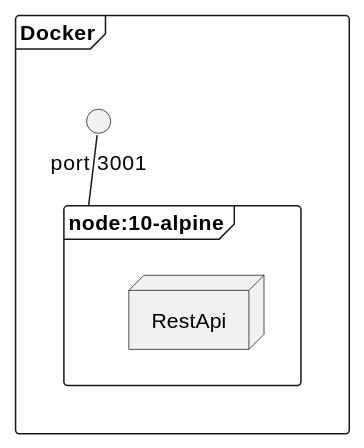
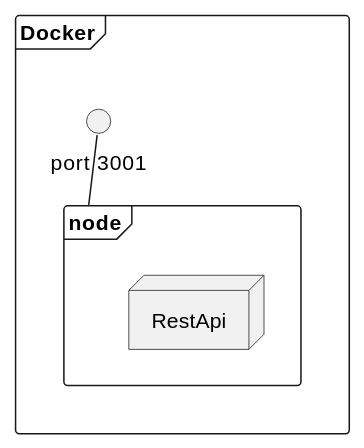
Before and after one commit to Arquisoft/lomap_en1b: the fourth of 4 diagrams in docs/07_deployment_view.adoc, drawn with PlantUML. The commit also changed 2 other files, not shown here.

Commit message:
Documentation-fix general fixes

```diff
--- a/docs/07_deployment_view.adoc
+++ b/docs/07_deployment_view.adoc
@@ -106,12 +106,12 @@
 [plantuml, target=deployment-node-diagram, format=png]
 ....
 frame Docker {
-    frame nodeCont as  "node:10-alpine" {
+    frame nodeCont as  "node" {
         node RestApi {
 
         }
     }
     circle port as "port 3001"
 }
 port -- nodeCont
 ....
```
